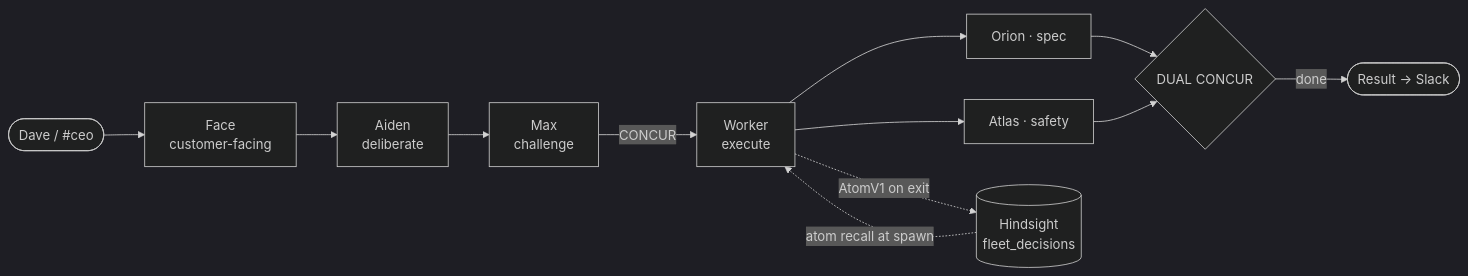
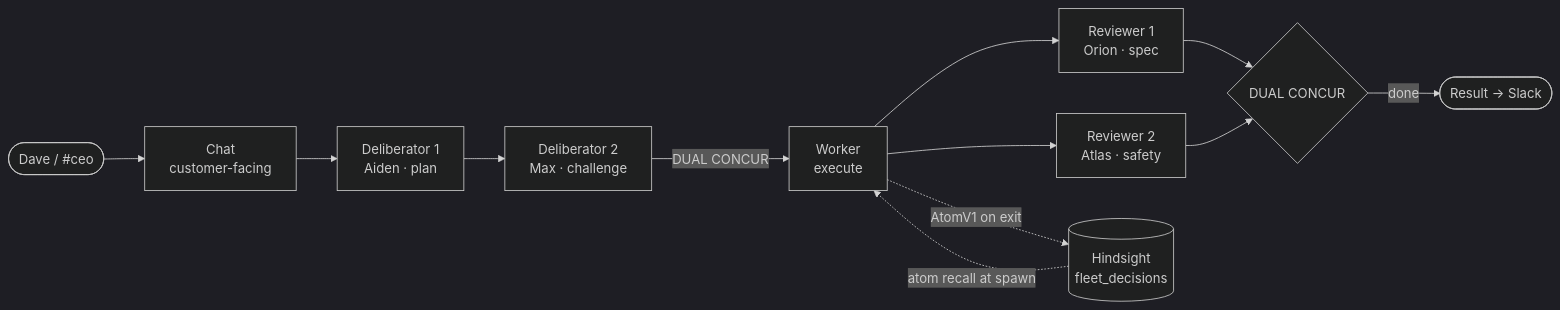
The fourth of 4 diagrams in README.md (Keiracom/Agency_OS), drawn with Mermaid (dark theme) before and after one commit. The commit also changed other lines of this file, not shown here.

First line of the commit message:
[MAX] docs(readme): document agent loop roles — Chat/Deliberator/Worker/Reviewer

````diff
--- a/README.md
+++ b/README.md
@@ -65,14 +65,14 @@
 ```mermaid
 flowchart LR
-    User([Dave / #ceo]) --> Face[Face<br/>customer-facing]
-    Face --> Aiden[Aiden<br/>deliberate]
-    Aiden --> Max[Max<br/>challenge]
-    Max -->|CONCUR| Worker[Worker<br/>execute]
-    Worker --> Orion[Orion · spec]
-    Worker --> Atlas[Atlas · safety]
-    Orion --> Gate{DUAL CONCUR}
-    Atlas --> Gate
+    User([Dave / #ceo]) --> Chat[Chat<br/>customer-facing]
+    Chat --> D1[Deliberator 1<br/>Aiden · plan]
+    D1 --> D2[Deliberator 2<br/>Max · challenge]
+    D2 -->|DUAL CONCUR| Worker[Worker<br/>execute]
+    Worker --> R1[Reviewer 1<br/>Orion · spec]
+    Worker --> R2[Reviewer 2<br/>Atlas · safety]
+    R1 --> Gate{DUAL CONCUR}
+    R2 --> Gate
     Gate -->|done| Slack([Result → Slack])
     Worker -.->|AtomV1 on exit| H[(Hindsight<br/>fleet_decisions)]
     H -.->|atom recall at spawn| Worker
 ```
````
